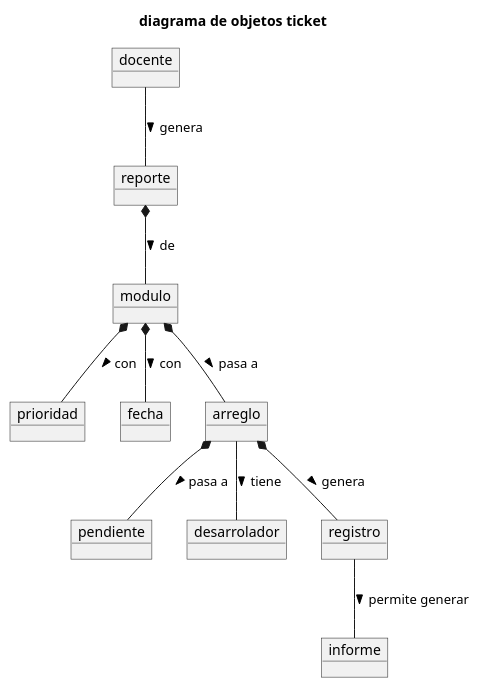
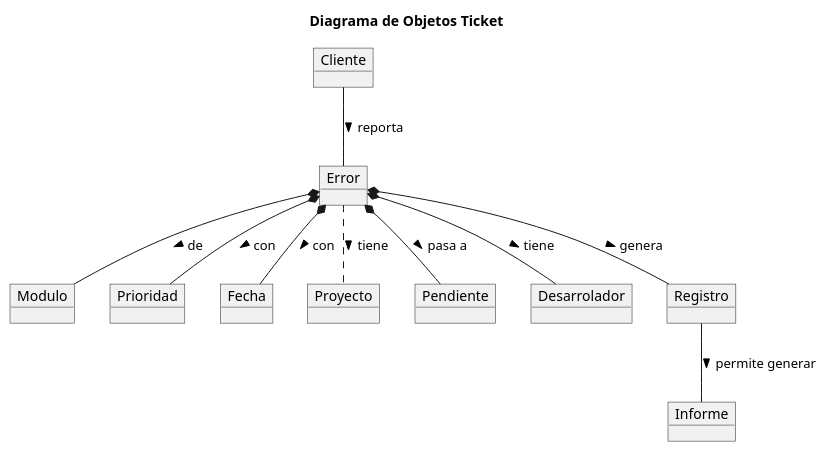
The diagram in modelosUML/DiagramasModeloDominio/DiagramaDeObjetosTicket.puml (mmasias/23-24-IdSw1-SDR), drawn with PlantUML before and after one commit. The commit also changed 17 other files, not shown here.

Commit message:
ultimos cambios + Diagrama de Actividad

```diff
--- a/modelosUML/DiagramasModeloDominio/DiagramaDeObjetosTicket.puml
+++ b/modelosUML/DiagramasModeloDominio/DiagramaDeObjetosTicket.puml
@@ -1,27 +1,27 @@
 @startuml
 
-title diagrama de objetos ticket
+title Diagrama de Objetos Ticket
 
-object "docente" as usuario
-object "reporte" as ticket
-object "modulo" as error
-object "prioridad" as etiqueta
-object "fecha" as fecha
-object "arreglo" as proyecto
-object "pendiente" as estado
-object "desarrolador" as responsable
-object "registro" as historial
-object "informe" as informe
+object "Cliente" as usuario
+object "Error" as ticket
+object "Modulo" as error
+object "Prioridad" as etiqueta
+object "Fecha" as fecha
+object "Proyecto" as proyecto
+object "Pendiente" as estado
+object "Desarrolador" as responsable
+object "Registro" as historial
+object "Informe" as informe
 
-usuario -- ticket: > genera
+usuario -- ticket: > reporta
 ticket *-- error: > de
-error *-- etiqueta: > con
-error *-- fecha: > con
-error *-- proyecto: > pasa a
-proyecto *-- estado: > pasa a
-proyecto -- responsable: > tiene
-proyecto *-- historial: > genera
+ticket *-- etiqueta: > con
+ticket *-- fecha: > con
+ticket *-- estado: > pasa a
+ticket *-- responsable: > tiene
+ticket *-- historial: > genera
+ticket .. proyecto: > tiene
 
 historial -d- informe : > permite generar
 
 @enduml
```
